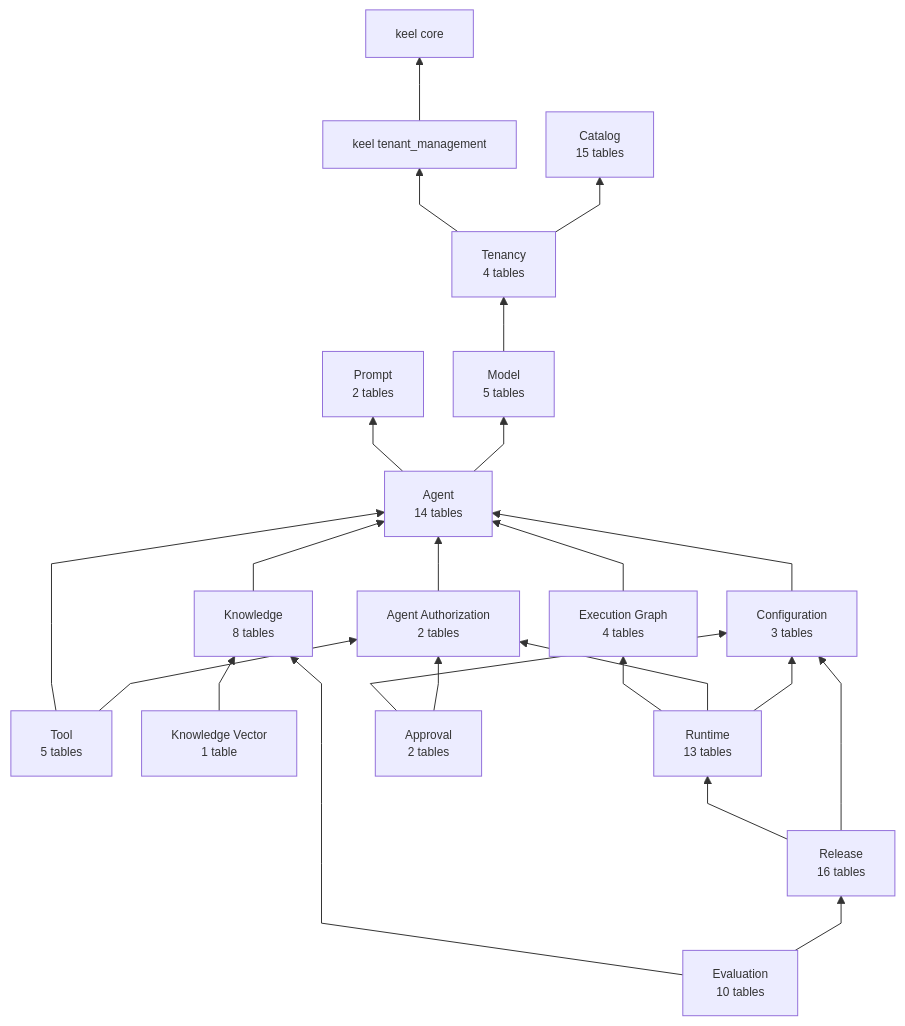
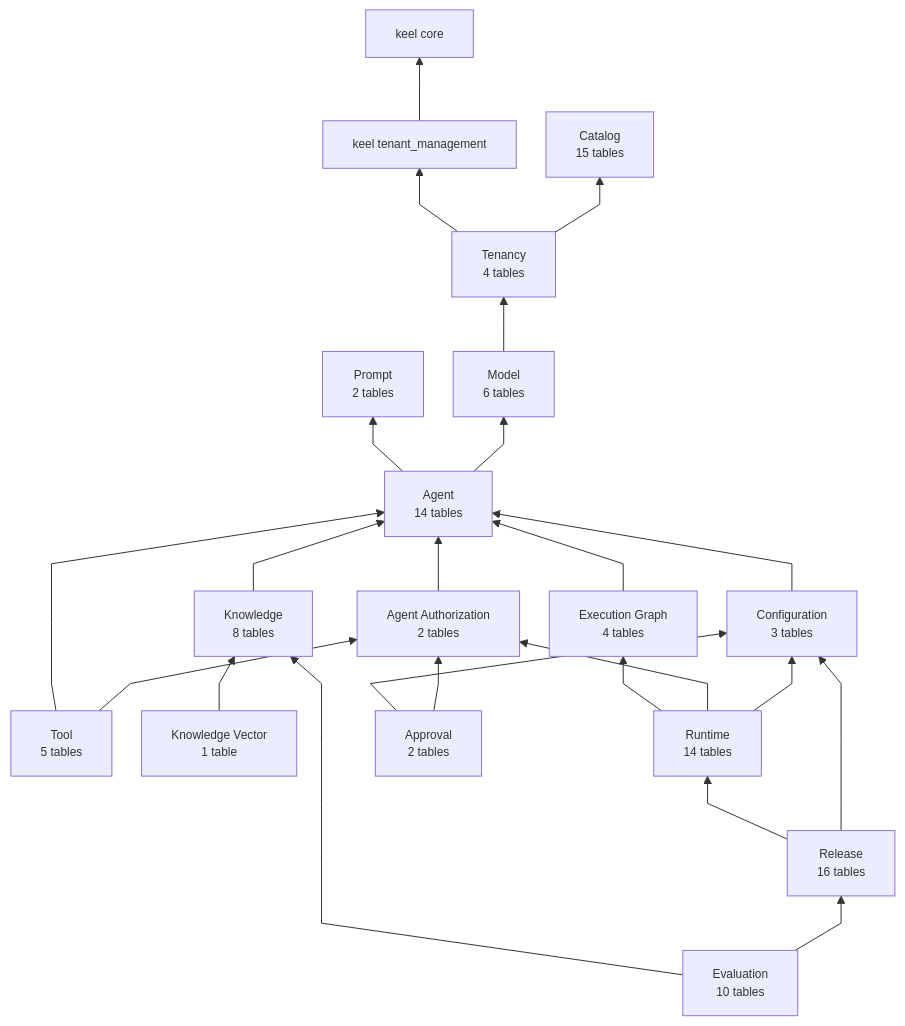
The first of 16 diagrams in doc/database.md (nauticana/scout), drawn with Mermaid before and after one commit. The commit also changed other lines of this file and 69 other files, not shown here.

Commit message:
SQL tool registry, tool-capable and schema-constrained model contract, bounded model↔tool loop, typed turn events, evidence validation, model routes; keel v1.2.65

````diff
--- a/doc/database.md
+++ b/doc/database.md
@@ -20,45 +20,45 @@
 ```mermaid
 %%{init: {"flowchart": {"curve": "linear", "nodeSpacing": 30, "rankSpacing": 55, "diagramPadding": 12}, "themeVariables": {"fontSize": "12px"}}}%%
 flowchart BT
 
     tenant_management --> core
     tenancy --> tenant_management
     tenancy --> catalog
     model --> tenancy
     agent --> prompt
     agent --> model
     tool --> agent
     tool --> agent_authorization_module
     knowledge --> agent
     configuration_module --> agent
     execution_graph_module --> agent
     agent_authorization_module --> agent
     knowledge_vector --> knowledge
     runtime --> execution_graph_module
     runtime --> agent_authorization_module
     runtime --> configuration_module
     release --> runtime
     release --> configuration_module
     evaluation --> knowledge
     evaluation --> release
     approval --> configuration_module
     approval --> agent_authorization_module
 
     core["keel core"]
     tenant_management["keel tenant_management"]
     catalog["Catalog<br/>15 tables"]
     tenancy["Tenancy<br/>4 tables"]
     prompt["Prompt<br/>2 tables"]
-    model["Model<br/>5 tables"]
+    model["Model<br/>6 tables"]
     agent["Agent<br/>14 tables"]
     tool["Tool<br/>5 tables"]
     execution_graph_module["Execution Graph<br/>4 tables"]
     knowledge["Knowledge<br/>8 tables"]
     knowledge_vector["Knowledge Vector<br/>1 table"]
-    runtime["Runtime<br/>13 tables"]
+    runtime["Runtime<br/>14 tables"]
     release["Release<br/>16 tables"]
     evaluation["Evaluation<br/>10 tables"]
     agent_authorization_module["Agent Authorization<br/>2 tables"]
     configuration_module["Configuration<br/>3 tables"]
     approval["Approval<br/>2 tables"]
 ```
````
